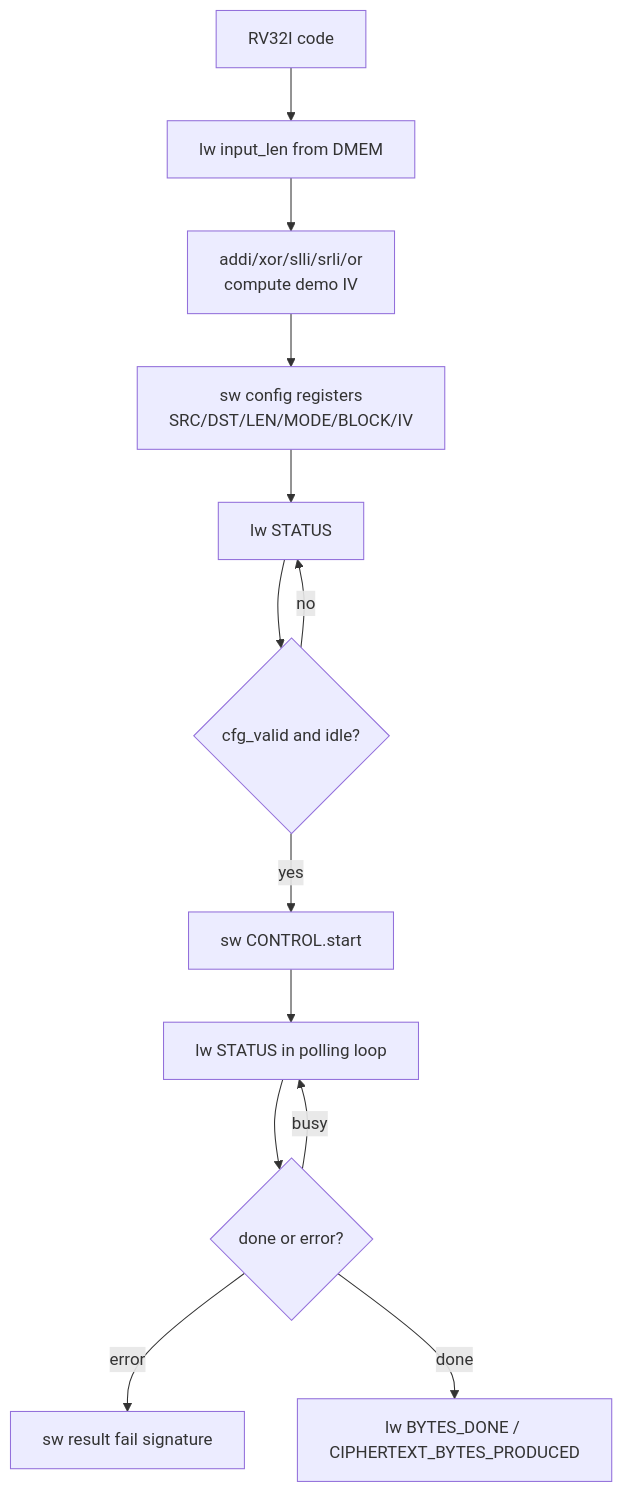
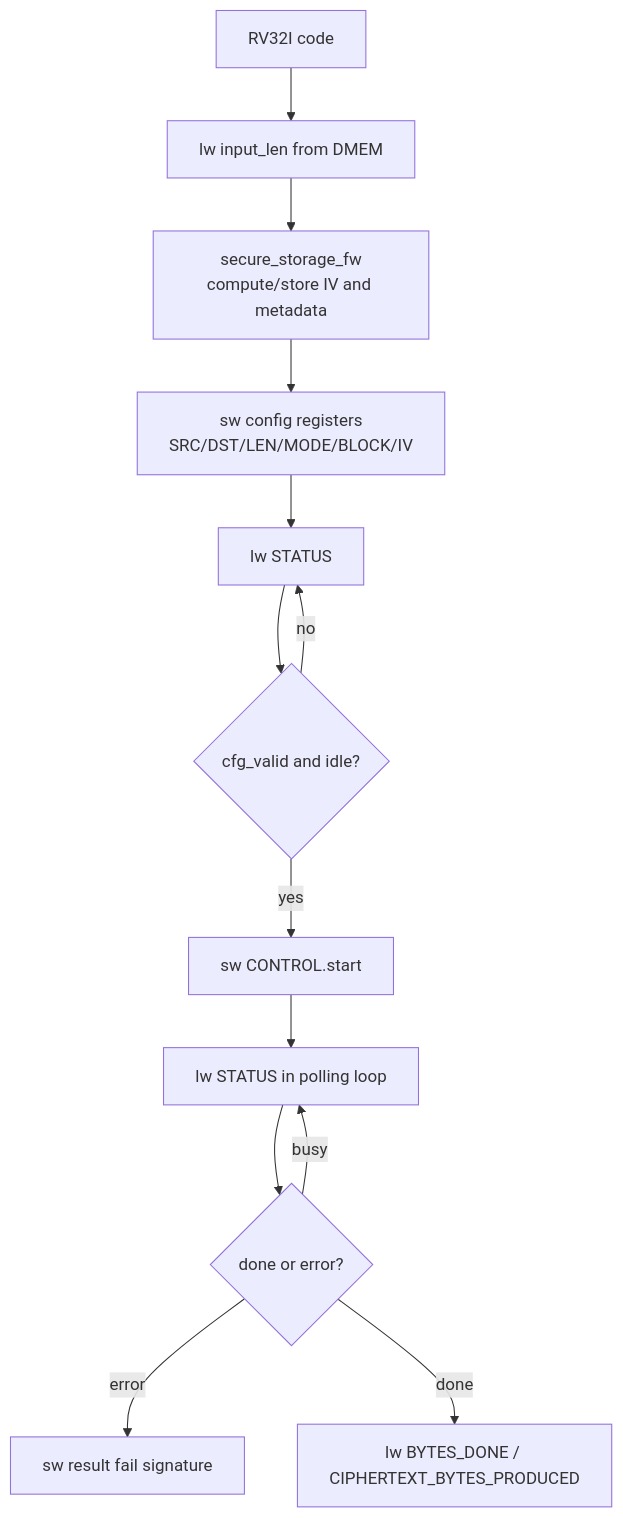
Before and after one commit to ngoquocan139/AES_huffman_all6: the diagram in docs/dma_riscv_instruction_programming_spec.md, drawn with Mermaid. The commit also changed other lines of this file and 44 other files, not shown here.

````diff
--- a/docs/dma_riscv_instruction_programming_spec.md
+++ b/docs/dma_riscv_instruction_programming_spec.md
@@ -45,15 +46,15 @@
 ```mermaid
 flowchart TD
   A["RV32I code"] --> B["lw input_len from DMEM"]
-  B --> C["addi/xor/slli/srli/or\ncompute demo IV"]
+  B --> C["secure_storage_fw\ncompute/store IV and metadata"]
   C --> D["sw config registers\nSRC/DST/LEN/MODE/BLOCK/IV"]
   D --> E["lw STATUS"]
   E --> F{"cfg_valid and idle?"}
   F -->|"no"| E
   F -->|"yes"| G["sw CONTROL.start"]
   G --> H["lw STATUS in polling loop"]
   H --> I{"done or error?"}
   I -->|"busy"| H
   I -->|"error"| J["sw result fail signature"]
   I -->|"done"| K["lw BYTES_DONE / CIPHERTEXT_BYTES_PRODUCED"]
 ```
````
